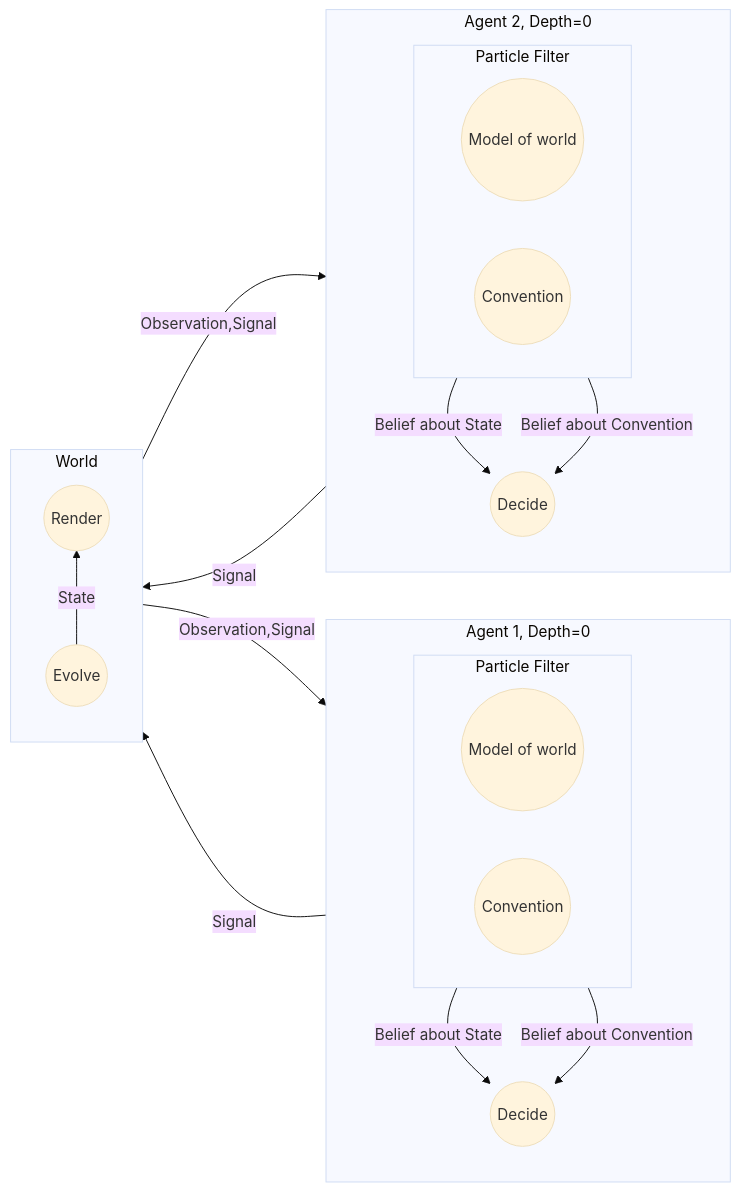
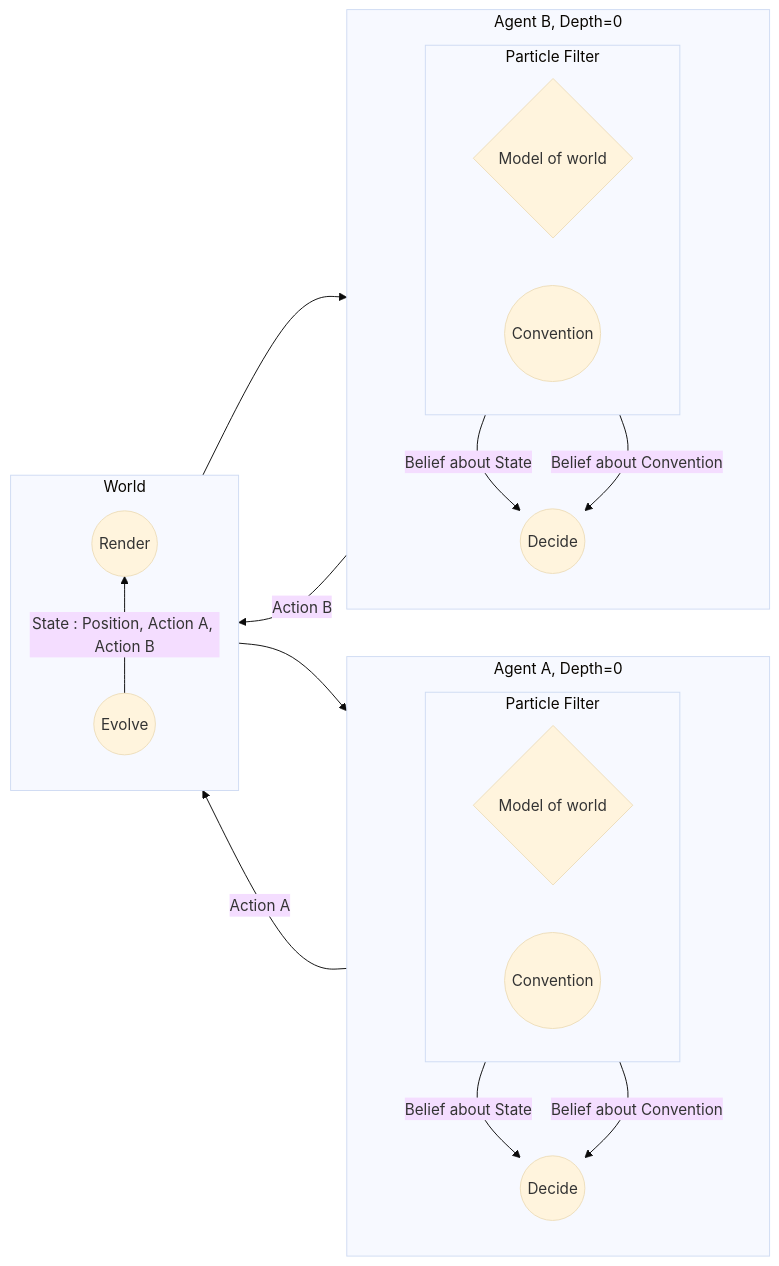
Before and after one commit to reubenharry/rhine-bayes-examples: the first of 3 diagrams in docs/index.md, drawn with Mermaid (base theme). The commit also changed other lines of this file and 22 other files, not shown here.

````diff
--- a/docs/index.md
+++ b/docs/index.md
@@ -11,37 +13,37 @@
 ```mermaid
 flowchart LR
 
-  subgraph Agent[ Agent 1, Depth=0 ]
+  subgraph Agent[ Agent A, Depth=0 ]
     direction TB
     subgraph PF[Particle Filter]
         direction LR
-        AgentSub2((Model of world))
+        AgentSub2{Model of world}
         Convention2((Convention))
     end
     PF -->|Belief about State | CA((Decide))
     PF -->|Belief about Convention | CA
   end
   
   
-  subgraph Agent2[ Agent 2, Depth=0 ]
+  subgraph Agent2[ Agent B, Depth=0 ]
     direction TB
     subgraph PF2[Particle Filter]
         direction LR
-        AgentSub((Model of world))
+        AgentSub{Model of world}
         Convention((Convention))
     end
     PF2 -->|Belief about State | CA2((Decide))
     PF2 -->|Belief about Convention | CA2((Decide))
   end
 
   subgraph World
     direction BT
-    Evolve -->|State| Render((Render))
+    Evolve -->|State : Position, Action A, Action B| Render((Render))
   end 
 
-  Render -->|Observation,Signal| PF
-  CA -->|Signal| Evolve((Evolve))
+  Render --> PF
+  CA -->|Action A| Evolve((Evolve))
   
-  Render -->|Observation,Signal| PF2
-  CA2 -->|Signal| Evolve((Evolve))
+  Render --> PF2
+  CA2 -->|Action B| Evolve((Evolve))
 ```
````
